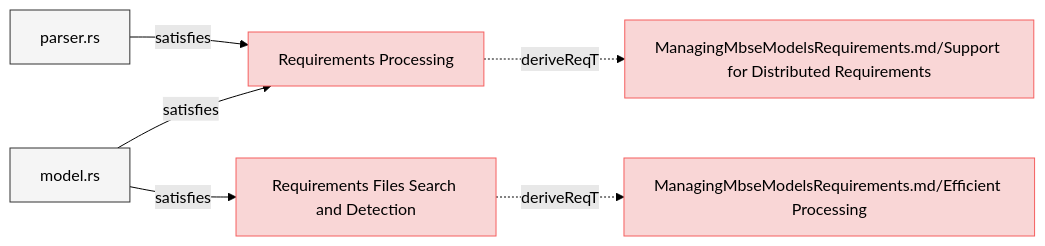
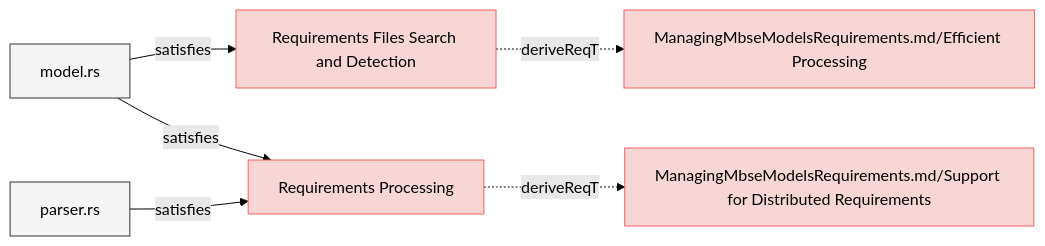
Before and after one commit to reqvire-org/reqvire: the fourth of 8 diagrams in specifications/SystemRequirements/Requirements.md, drawn with Mermaid (forest theme). The commit also changed other lines of this file and 22 other files, not shown here.

````diff
--- a/specifications/SystemRequirements/Requirements.md
+++ b/specifications/SystemRequirements/Requirements.md
@@ -423,32 +423,32 @@
 ```mermaid
 graph LR;
   %% Graph styling
   classDef requirement fill:#f9d6d6,stroke:#f55f5f,stroke-width:1px;
   classDef verification fill:#d6f9d6,stroke:#5fd75f,stroke-width:1px;
   classDef externalLink fill:#d0e0ff,stroke:#3080ff,stroke-width:1px;
   classDef default fill:#f5f5f5,stroke:#333333,stroke-width:1px;
 
+  33b15634cbc8d029["Requirements Files Search and Detection"];
+  click 33b15634cbc8d029 "https://github.com/Reqvire/reqvire/blob/ad88ba6b828e94c93382866fefd058c011c1ac60/specifications/SystemRequirements/Requirements.md#requirements-files-search-and-detection";
+  class 33b15634cbc8d029 requirement;
+  386d7b145d008870["ManagingMbseModelsRequirements.md/Efficient Processing"];
+  class 386d7b145d008870 requirement;
+  click 386d7b145d008870 "https://github.com/Reqvire/reqvire/blob/ad88ba6b828e94c93382866fefd058c011c1ac60/specifications/ManagingMbseModelsRequirements.md#efficient-processing";
+  33b15634cbc8d029 -.->|deriveReqT| 386d7b145d008870;
+  36fd2b1e82621caf["model.rs"];
+  class 36fd2b1e82621caf default;
+  click 36fd2b1e82621caf "https://github.com/Reqvire/reqvire/blob/ad88ba6b828e94c93382866fefd058c011c1ac60/core/src/model.rs";
+  36fd2b1e82621caf -->|satisfies| 33b15634cbc8d029;
   f24f11691f55af62["Requirements Processing"];
-  click f24f11691f55af62 "https://github.com/Reqvire/reqvire/blob/667635d4628fed400323f7df3689af2dbc2ad666/specifications/SystemRequirements/Requirements.md#requirements-processing";
+  click f24f11691f55af62 "https://github.com/Reqvire/reqvire/blob/ad88ba6b828e94c93382866fefd058c011c1ac60/specifications/SystemRequirements/Requirements.md#requirements-processing";
   class f24f11691f55af62 requirement;
   c4d5865187c53ce6["ManagingMbseModelsRequirements.md/Support for Distributed Requirements"];
   class c4d5865187c53ce6 requirement;
-  click c4d5865187c53ce6 "https://github.com/Reqvire/reqvire/blob/667635d4628fed400323f7df3689af2dbc2ad666/specifications/ManagingMbseModelsRequirements.md#support-for-distributed-requirements";
+  click c4d5865187c53ce6 "https://github.com/Reqvire/reqvire/blob/ad88ba6b828e94c93382866fefd058c011c1ac60/specifications/ManagingMbseModelsRequirements.md#support-for-distributed-requirements";
   f24f11691f55af62 -.->|deriveReqT| c4d5865187c53ce6;
-  36fd2b1e82621caf["model.rs"];
-  class 36fd2b1e82621caf default;
-  click 36fd2b1e82621caf "https://github.com/Reqvire/reqvire/blob/667635d4628fed400323f7df3689af2dbc2ad666/core/src/model.rs";
   36fd2b1e82621caf -->|satisfies| f24f11691f55af62;
   dfd639447d711d62["parser.rs"];
   class dfd639447d711d62 default;
-  click dfd639447d711d62 "https://github.com/Reqvire/reqvire/blob/667635d4628fed400323f7df3689af2dbc2ad666/core/src/parser.rs";
+  click dfd639447d711d62 "https://github.com/Reqvire/reqvire/blob/ad88ba6b828e94c93382866fefd058c011c1ac60/core/src/parser.rs";
   dfd639447d711d62 -->|satisfies| f24f11691f55af62;
-  33b15634cbc8d029["Requirements Files Search and Detection"];
-  click 33b15634cbc8d029 "https://github.com/Reqvire/reqvire/blob/667635d4628fed400323f7df3689af2dbc2ad666/specifications/SystemRequirements/Requirements.md#requirements-files-search-and-detection";
-  class 33b15634cbc8d029 requirement;
-  386d7b145d008870["ManagingMbseModelsRequirements.md/Efficient Processing"];
-  class 386d7b145d008870 requirement;
-  click 386d7b145d008870 "https://github.com/Reqvire/reqvire/blob/667635d4628fed400323f7df3689af2dbc2ad666/specifications/ManagingMbseModelsRequirements.md#efficient-processing";
-  33b15634cbc8d029 -.->|deriveReqT| 386d7b145d008870;
-  36fd2b1e82621caf -->|satisfies| 33b15634cbc8d029;
 ```
````
